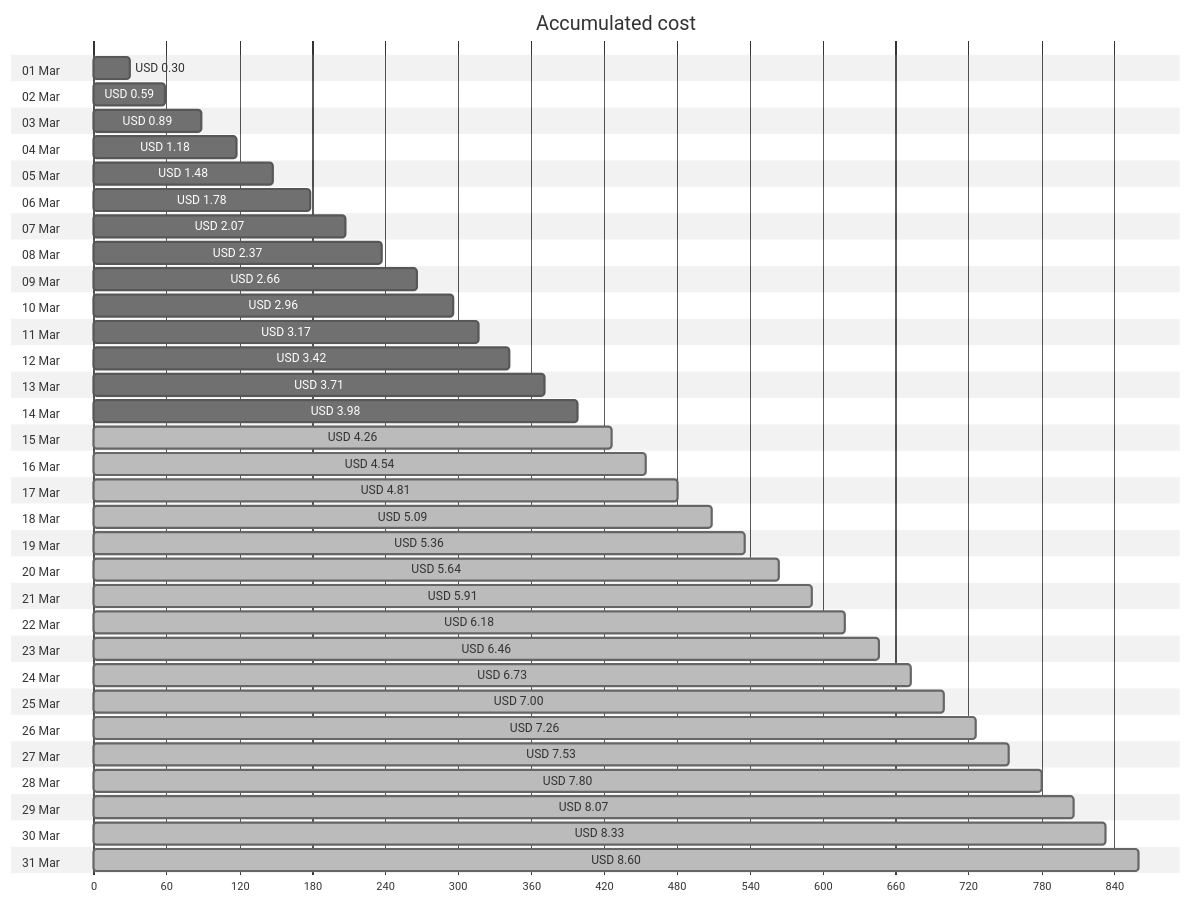
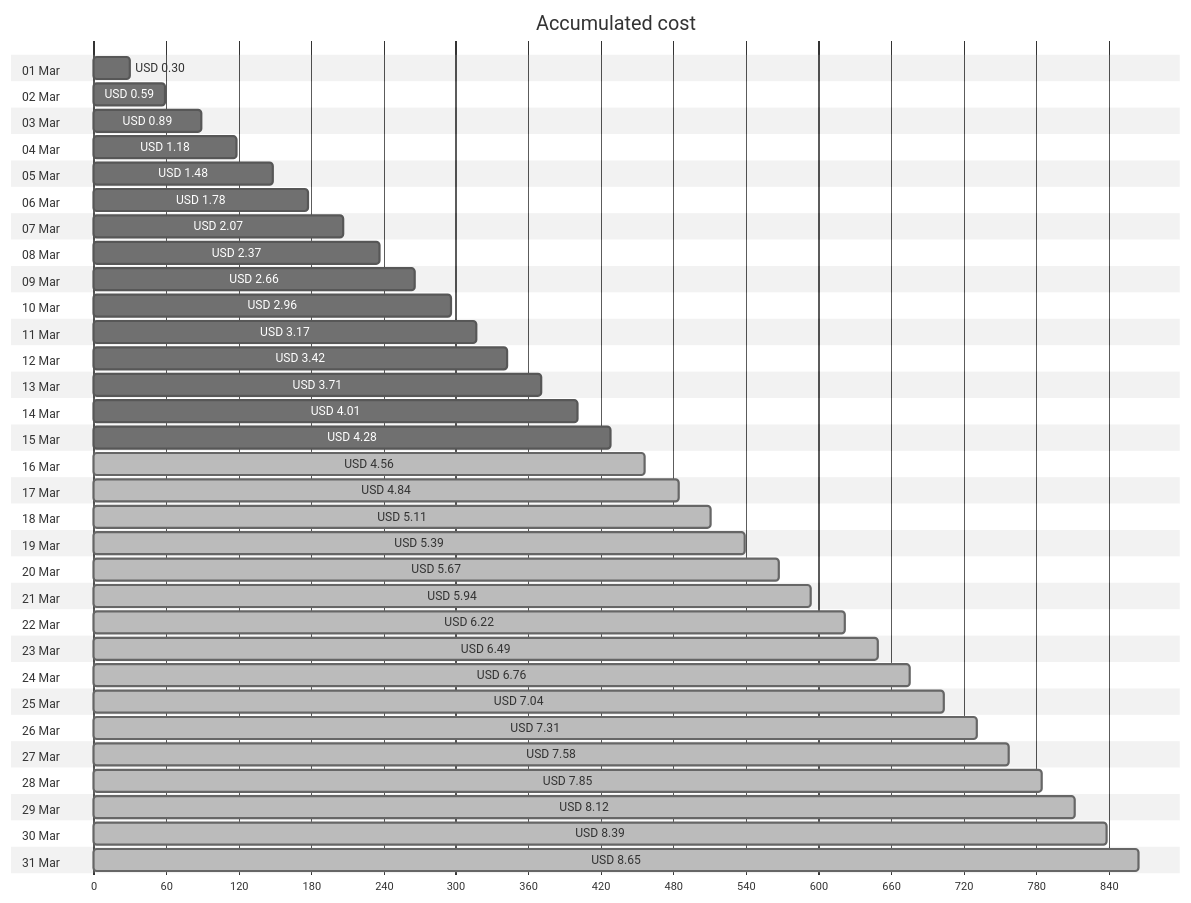
The first of 4 diagrams in cost-reports/personal-site/personal-site-preview.md (jpfulton/azure-personal-reports), drawn with Mermaid (neutral theme) before and after one commit. The commit also changed other lines of this file and 6 other files, not shown here.

````diff
--- a/cost-reports/personal-site/personal-site-preview.md
+++ b/cost-reports/personal-site/personal-site-preview.md
@@ -20,68 +20,68 @@
 ```mermaid
 gantt
    title Accumulated cost
    dateFormat  X
    axisFormat %s
    section 01 Mar
    USD 0.30 :0, 30
    section 02 Mar
    USD 0.59 :0, 59
    section 03 Mar
    USD 0.89 :0, 89
    section 04 Mar
    USD 1.18 :0, 118
    section 05 Mar
    USD 1.48 :0, 148
    section 06 Mar
    USD 1.78 :0, 178
    section 07 Mar
    USD 2.07 :0, 207
    section 08 Mar
    USD 2.37 :0, 237
    section 09 Mar
    USD 2.66 :0, 266
    section 10 Mar
    USD 2.96 :0, 296
    section 11 Mar
    USD 3.17 :0, 317
    section 12 Mar
    USD 3.42 :0, 342
    section 13 Mar
    USD 3.71 :0, 371
    section 14 Mar
-   USD 3.98 :0, 398
+   USD 4.01 :0, 401
    section 15 Mar
-   USD 4.26 : done, 0, 426
+   USD 4.28 :0, 428
    section 16 Mar
-   USD 4.54 : done, 0, 454
+   USD 4.56 : done, 0, 456
    section 17 Mar
-   USD 4.81 : done, 0, 481
+   USD 4.84 : done, 0, 484
    section 18 Mar
-   USD 5.09 : done, 0, 509
+   USD 5.11 : done, 0, 511
    section 19 Mar
-   USD 5.36 : done, 0, 536
+   USD 5.39 : done, 0, 539
    section 20 Mar
-   USD 5.64 : done, 0, 564
+   USD 5.67 : done, 0, 567
    section 21 Mar
-   USD 5.91 : done, 0, 591
+   USD 5.94 : done, 0, 594
    section 22 Mar
-   USD 6.18 : done, 0, 618
+   USD 6.22 : done, 0, 622
    section 23 Mar
-   USD 6.46 : done, 0, 646
+   USD 6.49 : done, 0, 649
    section 24 Mar
-   USD 6.73 : done, 0, 673
+   USD 6.76 : done, 0, 676
    section 25 Mar
-   USD 7.00 : done, 0, 700
+   USD 7.04 : done, 0, 704
    section 26 Mar
-   USD 7.26 : done, 0, 726
+   USD 7.31 : done, 0, 731
    section 27 Mar
-   USD 7.53 : done, 0, 753
+   USD 7.58 : done, 0, 758
    section 28 Mar
-   USD 7.80 : done, 0, 780
+   USD 7.85 : done, 0, 785
    section 29 Mar
-   USD 8.07 : done, 0, 807
+   USD 8.12 : done, 0, 812
    section 30 Mar
-   USD 8.33 : done, 0, 833
+   USD 8.39 : done, 0, 839
    section 31 Mar
-   USD 8.60 : done, 0, 860
+   USD 8.65 : done, 0, 865
 ```
````
